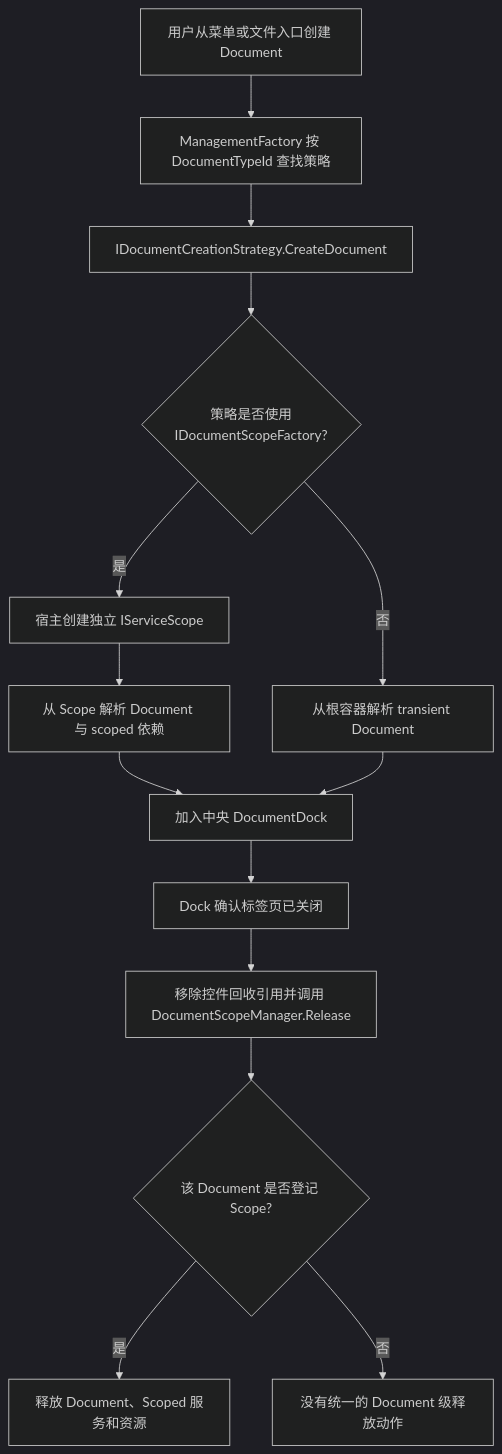
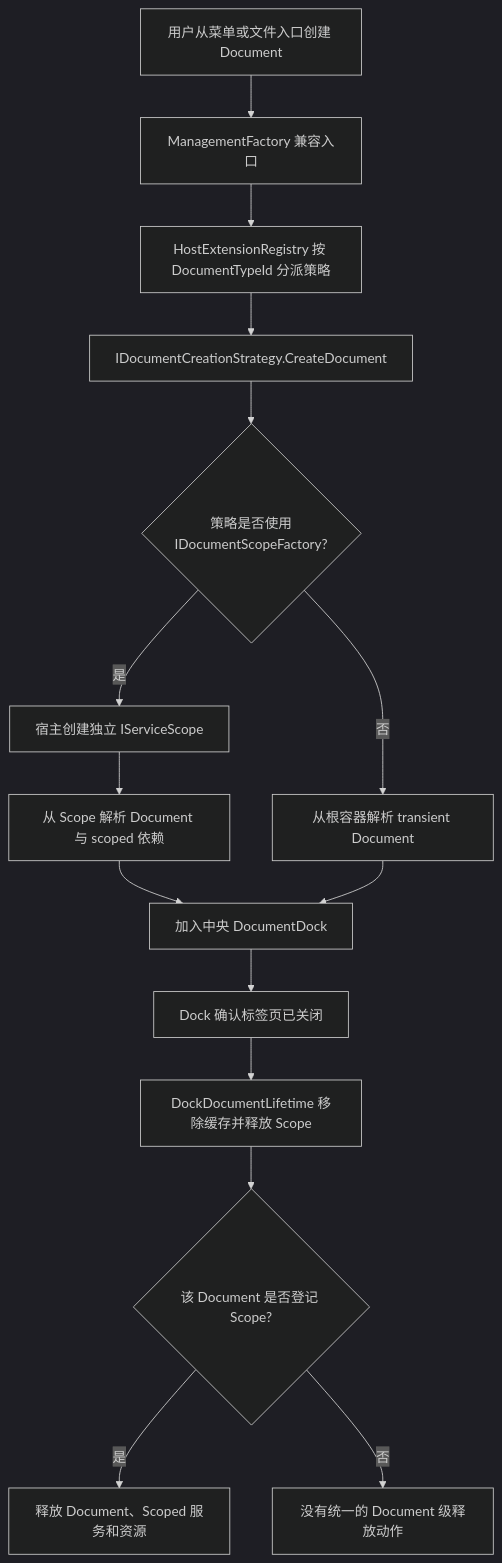
One commit to crownclowngx/avalonia_dock_simple_test changed the third of 5 diagrams in docs/host-plugin-architecture-review.md. Above: the diagram before and after it, drawn with Mermaid (dark theme). The commit also changed other lines of this file and 35 other files, not shown here.

````diff
--- a/docs/host-plugin-architecture-review.md
+++ b/docs/host-plugin-architecture-review.md
@@ -120,16 +128,17 @@
 ```mermaid
 flowchart TD
-    User["用户从菜单或文件入口创建 Document"] --> Host["ManagementFactory 按 DocumentTypeId 查找策略"]
-    Host --> Strategy["IDocumentCreationStrategy.CreateDocument"]
+    User["用户从菜单或文件入口创建 Document"] --> Host["ManagementFactory 兼容入口"]
+    Host --> Registry["HostExtensionRegistry 按 DocumentTypeId 分派策略"]
+    Registry --> Strategy["IDocumentCreationStrategy.CreateDocument"]
     Strategy --> Choice{"策略是否使用<br/>IDocumentScopeFactory?"}
     Choice -- "是" --> Scope["宿主创建独立 IServiceScope"]
     Scope --> Resolve["从 Scope 解析 Document 与 scoped 依赖"]
     Choice -- "否" --> Root["从根容器解析 transient Document"]
     Resolve --> Dock["加入中央 DocumentDock"]
     Root --> Dock
     Dock --> Close["Dock 确认标签页已关闭"]
-    Close --> Release["移除控件回收引用并调用 DocumentScopeManager.Release"]
+    Close --> Release["DockDocumentLifetime 移除缓存并释放 Scope"]
     Release --> Managed{"该 Document 是否登记 Scope?"}
     Managed -- "是" --> Dispose["释放 Document、Scoped 服务和资源"]
     Managed -- "否" --> End["没有统一的 Document 级释放动作"]
 ```
````
